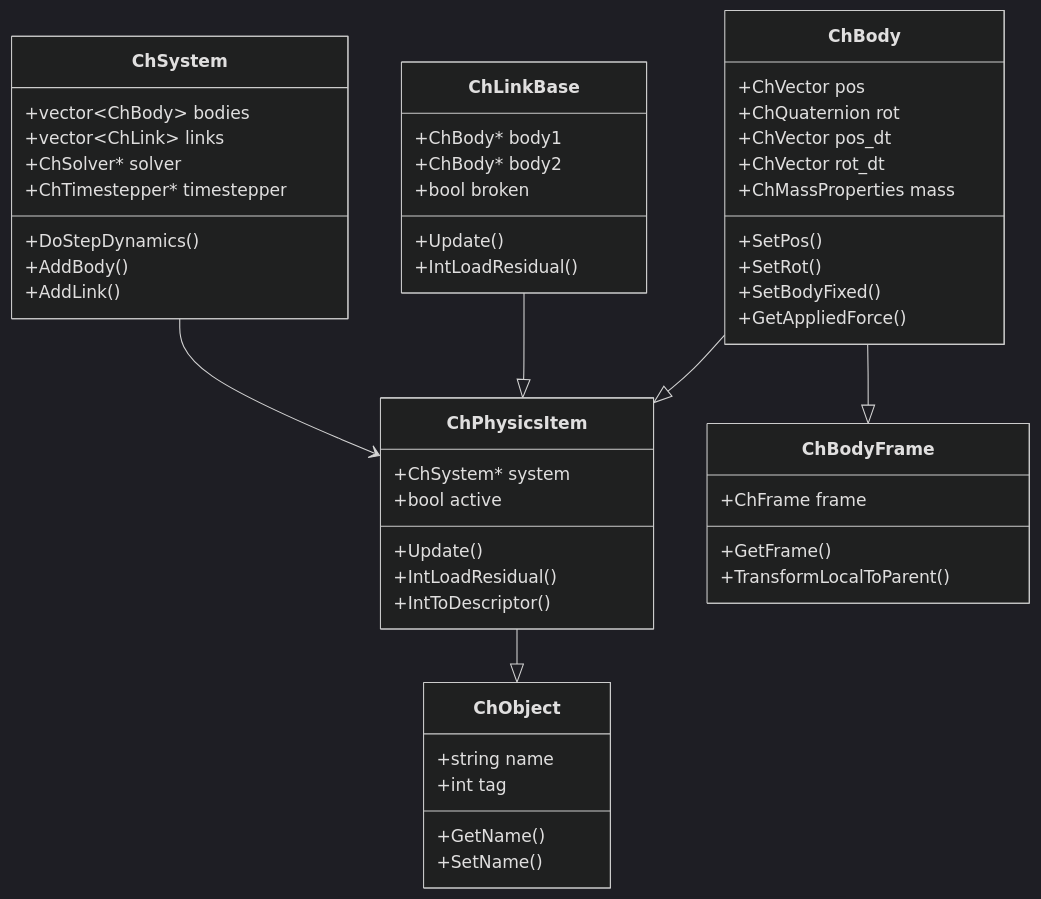
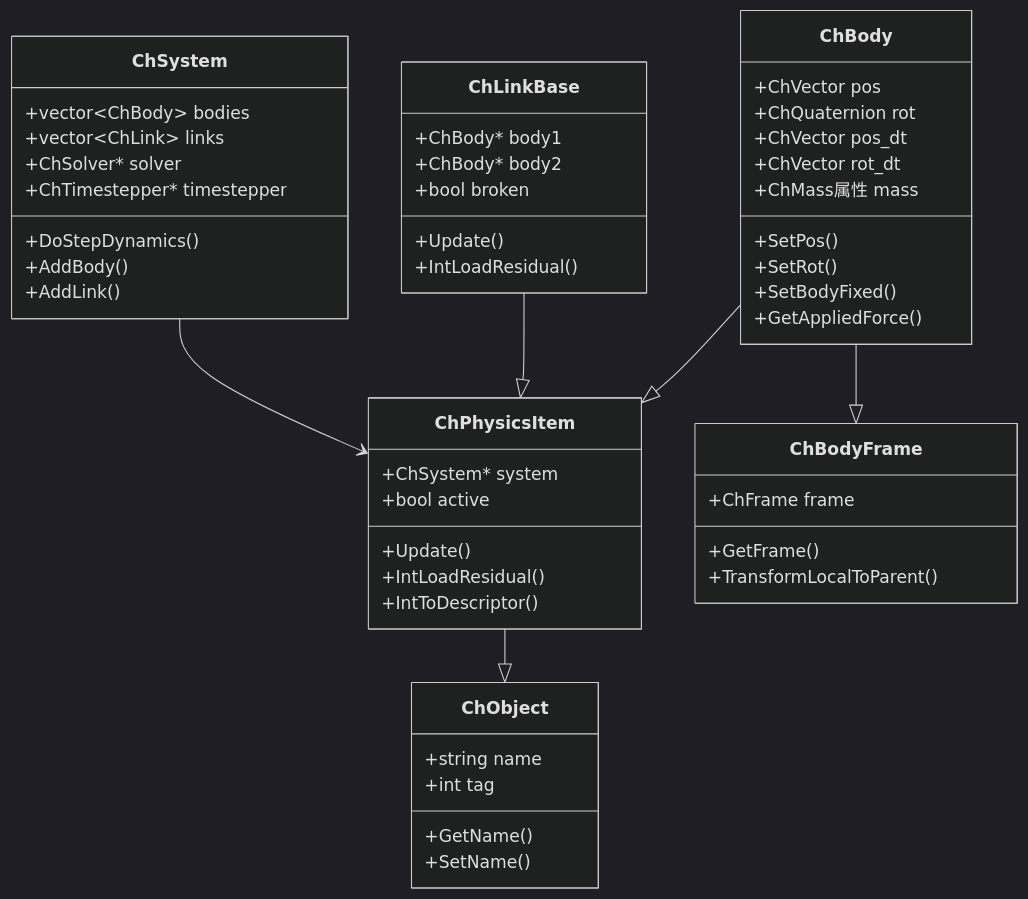
Before and after one commit to fancifulland2718/chrono: the second of 2 diagrams in readings/folder-analysis-physics.md, drawn with Mermaid (dark theme). The commit also changed other lines of this file and 10 other files, not shown here.

````diff
--- a/readings/folder-analysis-physics.md
+++ b/readings/folder-analysis-physics.md
@@ -233,59 +233,59 @@
 ```mermaid
 classDiagram
     class ChObject {
         +string name
         +int tag
         +GetName()
         +SetName()
     }
     
     class ChPhysicsItem {
         +ChSystem* system
         +bool active
         +Update()
         +IntLoadResidual()
         +IntToDescriptor()
     }
     
     class ChBody {
         +ChVector pos
         +ChQuaternion rot
         +ChVector pos_dt
         +ChVector rot_dt
-        +ChMassProperties mass
+        +ChMass属性 mass
         +SetPos()
         +SetRot()
         +SetBodyFixed()
         +GetAppliedForce()
     }
     
     class ChBodyFrame {
         +ChFrame frame
         +GetFrame()
         +TransformLocalToParent()
     }
     
     class ChLinkBase {
         +ChBody* body1
         +ChBody* body2
         +bool broken
         +Update()
         +IntLoadResidual()
     }
     
     class ChSystem {
         +vector~ChBody~ bodies
         +vector~ChLink~ links
         +ChSolver* solver
         +ChTimestepper* timestepper
         +DoStepDynamics()
         +AddBody()
         +AddLink()
     }
     
     ChPhysicsItem --|> ChObject
     ChBody --|> ChPhysicsItem
     ChBody --|> ChBodyFrame
     ChLinkBase --|> ChPhysicsItem
     ChSystem --> ChPhysicsItem
 ```
````
